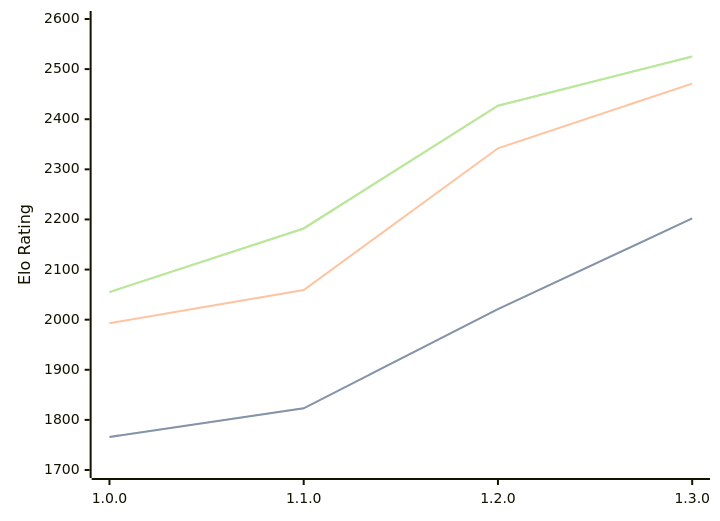
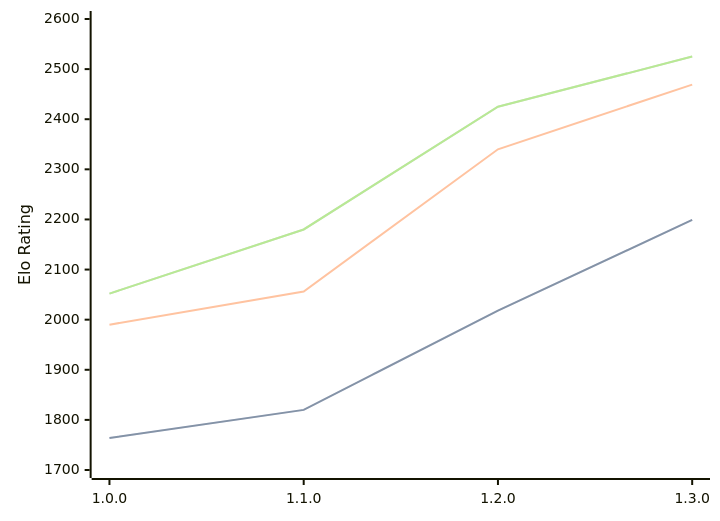
The diagram in engines/Anodos.md (computer-chess-index/cci), drawn with Mermaid before and after one commit. The commit also changed other lines of this file, not shown here.

Commit message:
Update CCI Ratings (ELO VLTC) - 2026-04-01

````diff
--- a/engines/Anodos.md
+++ b/engines/Anodos.md
@@ -45,11 +45,11 @@
 ```mermaid
 %%{init: {"theme":"base","themeVariables":{"seriesColors:['#a3a3a3','#222221','#faa371']}}}%%
 xychart-beta
   x-axis ["1.0.0", "1.1.0", "1.2.0", "1.3.0"]
   y-axis "Elo Rating" 1700 --> 2600
-  line "STC (8.0+0.08s)" [1766, 1823, 2021, 2202]
-  line "STC (8.0+0.08s)" [1766, 1823, 2021, 2202]
-  line "LTC (60.0+0.60s)" [1993, 2059, 2342, 2471]
-  line "VLTC (2m24s+1.12s)" [2055, 2182, 2427, 2525]
-  line "VLTC (2m24s+1.12s)" [2055, 2182, 2427, 2525]
+  line "STC (8.0+0.08s)" [1764, 1820, 2018, 2199]
+  line "STC (8.0+0.08s)" [1764, 1820, 2018, 2199]
+  line "LTC (60.0+0.60s)" [1990, 2056, 2340, 2469]
+  line "VLTC (2m24s+1.12s)" [2052, 2180, 2425, 2525]
+  line "VLTC (2m24s+1.12s)" [2052, 2180, 2425, 2525]
 ```
````
